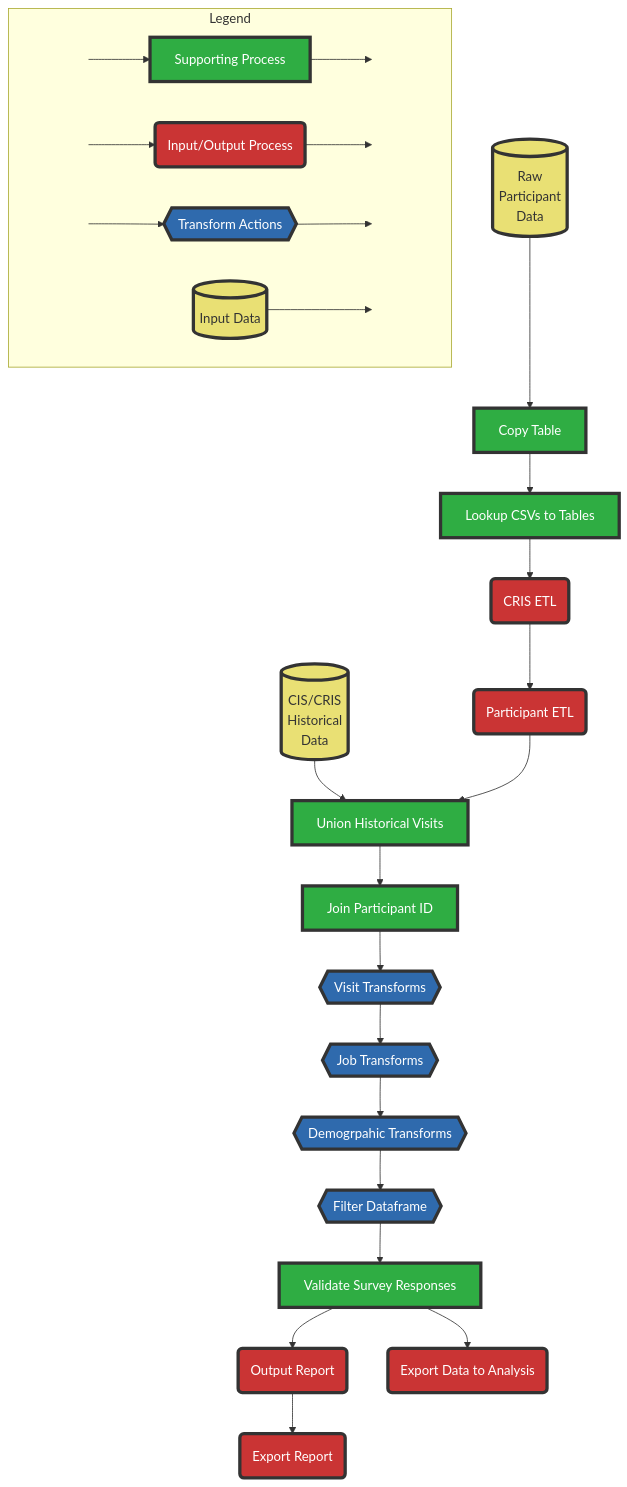
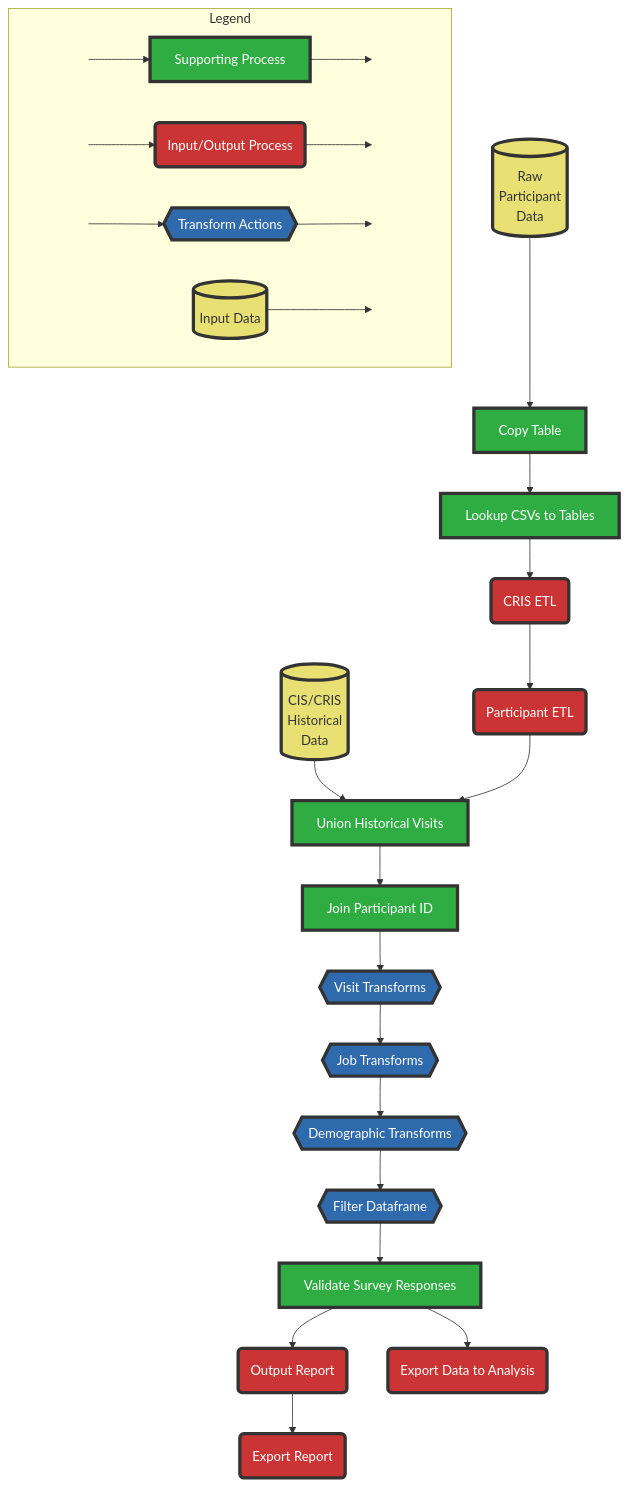
Before and after one commit to ONSdigital/cis_households: the diagram in README.md, drawn with Mermaid. The commit also changed other lines of this file, not shown here.

````diff
--- a/README.md
+++ b/README.md
@@ -28,35 +29,35 @@
 ```mermaid
 flowchart TD
     data_1[(Raw\nParticipant\nData)] --> SP_1[Copy Table]
     data_2[(CIS/CRIS\nHistorical\nData)] --> SP_3
     SP_1--> SP_2[Lookup CSVs to Tables]
     SP_2 --> IOP_1(CRIS ETL)
     IOP_1 --> IOP_2(Participant ETL)
     IOP_2 --> SP_3[Union Historical Visits]
     SP_3 --> SP_4[Join Participant ID]
     SP_4 --> TA_1{{Visit Transforms}}
     TA_1 --> TA_2{{Job Transforms}}
-    TA_2 --> TA_3{{Demogrpahic Transforms}}
+    TA_2 --> TA_3{{Demographic Transforms}}
     TA_3 --> TA_4{{Filter Dataframe}}
     TA_4 --> SP_5[Validate Survey Responses]
     SP_5 --> IOP_3(Output Report)
     IOP_3 --> IOP_4(Export Report)
     SP_5 --> IOP_5(Export Data to Analysis)
     subgraph Legend
           direction LR
         start1[ ] --> SP[Supporting Process] --> stop1[ ]
         start2[ ] --> IOP(Input/Output Process) --> stop2[ ]
         start3[ ] --> TA{{Transform Actions}} --> stop3[ ]
         DAT[(Input Data)] --> stop4[ ]
     end
 classDef green fill:#2FAD43,stroke:#333,stroke-width:4px,color:#fff;
 classDef red fill:#CA3434,stroke:#333,stroke-width:4px,color:#fff;
 classDef blue fill:#2F6AAD,stroke:#333,stroke-width:4px,color:#fff;
 classDef data fill:#E9E074,stroke:#333,stroke-width:4px;
 classDef empty height:0px;
 class SP,SP_1,SP_2,SP_3,SP_4,SP_5 green
 class IOP,IOP_1,IOP_2,IOP_3,IOP_4,IOP_5 red
 class TA,TA_1,TA_2,TA_3,TA_4 blue
 class start1,start2,start3,stop1,stop2,stop3,stop4 empty
 class data_1,data_2,DAT data
 ```
````
